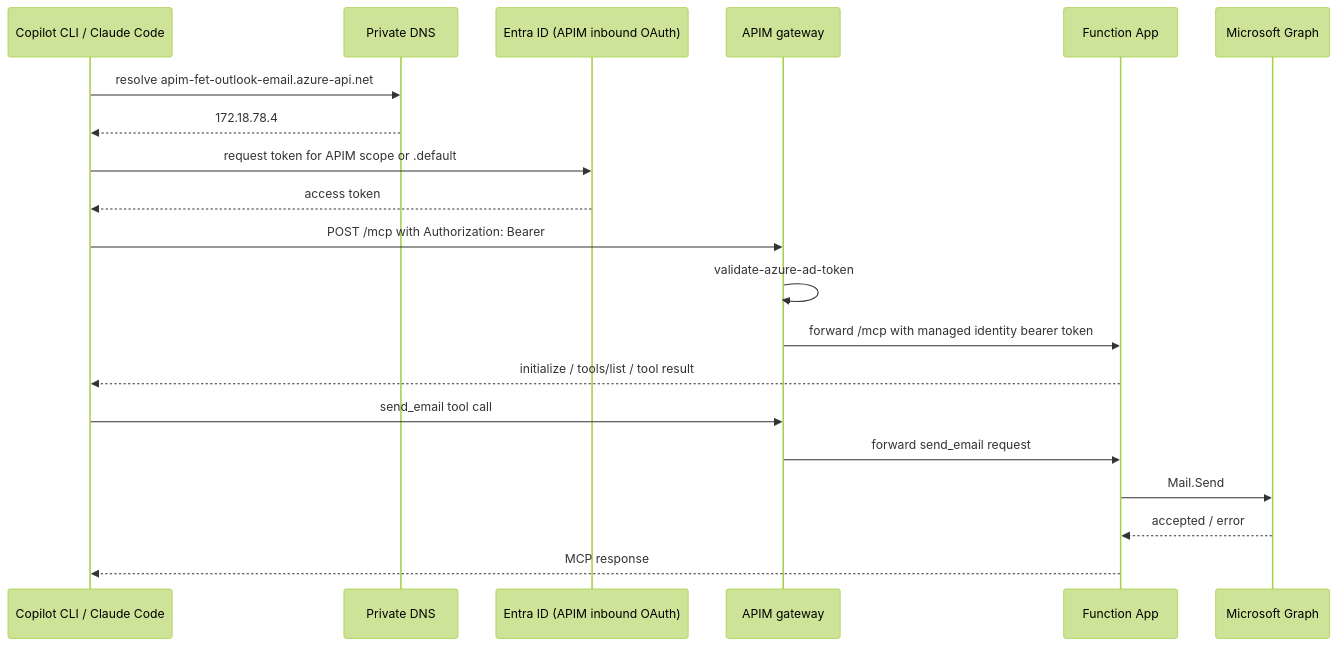
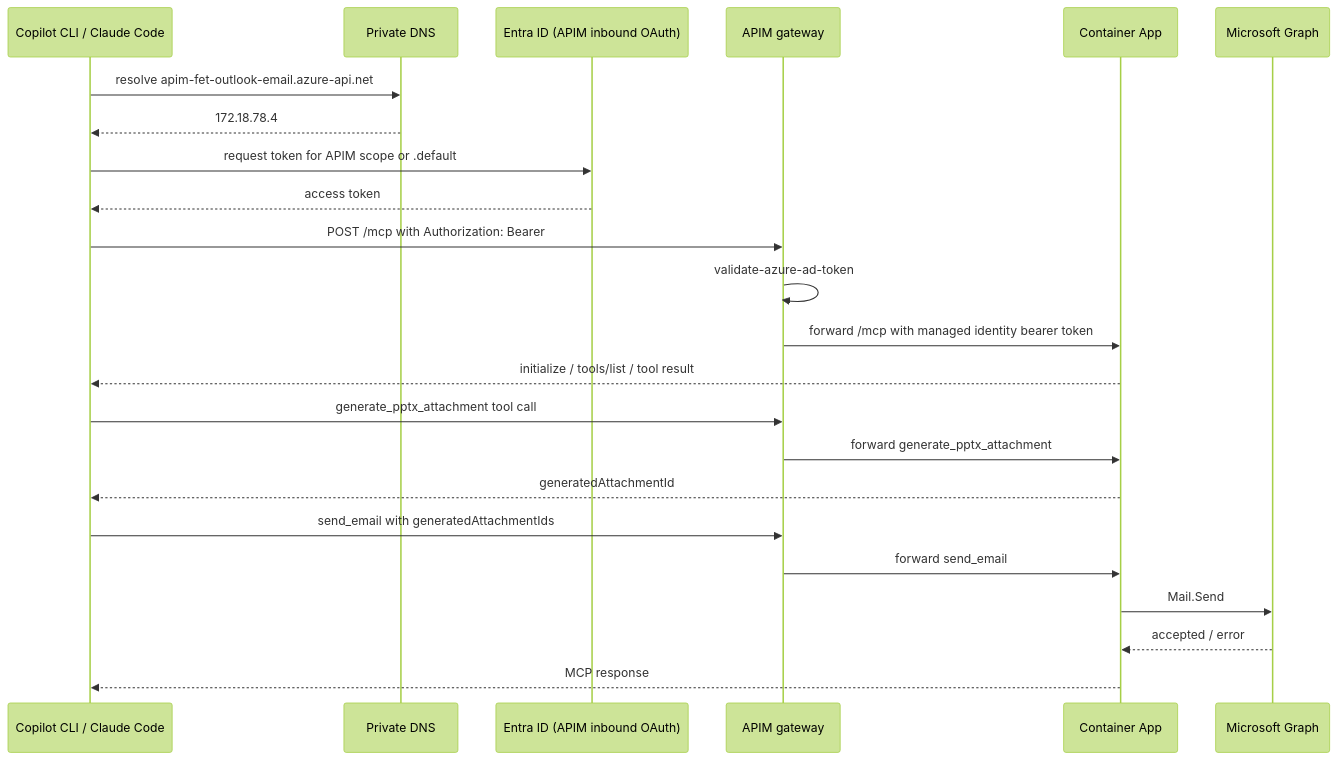
One commit to Fet-ycliang/mcp-dotnet-samples changed the second of 2 diagrams in outlook-email/README.md. Above: the diagram before and after it, drawn with Mermaid (forest theme). The commit also changed other lines of this file and 13 other files, not shown here.

Commit message:
feat(outlook-email): improve PPTX template and APIM guidance

````diff
--- a/outlook-email/README.md
+++ b/outlook-email/README.md
@@ -1174,23 +1243,26 @@
 ```mermaid
 sequenceDiagram
     participant Client as Copilot CLI / Claude Code
     participant DNS as Private DNS
     participant EntraIn as Entra ID (APIM inbound OAuth)
     participant APIM as APIM gateway
-    participant Func as Function App
+    participant ACA as Container App
     participant Graph as Microsoft Graph
 
     Client->>DNS: resolve apim-fet-outlook-email.azure-api.net
     DNS-->>Client: 172.18.78.4
     Client->>EntraIn: request token for APIM scope or .default
     EntraIn-->>Client: access token
     Client->>APIM: POST /mcp with Authorization: Bearer
     APIM->>APIM: validate-azure-ad-token
-    APIM->>Func: forward /mcp with managed identity bearer token
-    Func-->>Client: initialize / tools/list / tool result
-    Client->>APIM: send_email tool call
-    APIM->>Func: forward send_email request
-    Func->>Graph: Mail.Send
-    Graph-->>Func: accepted / error
-    Func-->>Client: MCP response
+    APIM->>ACA: forward /mcp with managed identity bearer token
+    ACA-->>Client: initialize / tools/list / tool result
+    Client->>APIM: generate_pptx_attachment tool call
+    APIM->>ACA: forward generate_pptx_attachment
+    ACA-->>Client: generatedAttachmentId
+    Client->>APIM: send_email with generatedAttachmentIds
+    APIM->>ACA: forward send_email
+    ACA->>Graph: Mail.Send
+    Graph-->>ACA: accepted / error
+    ACA-->>Client: MCP response
 ```
````
